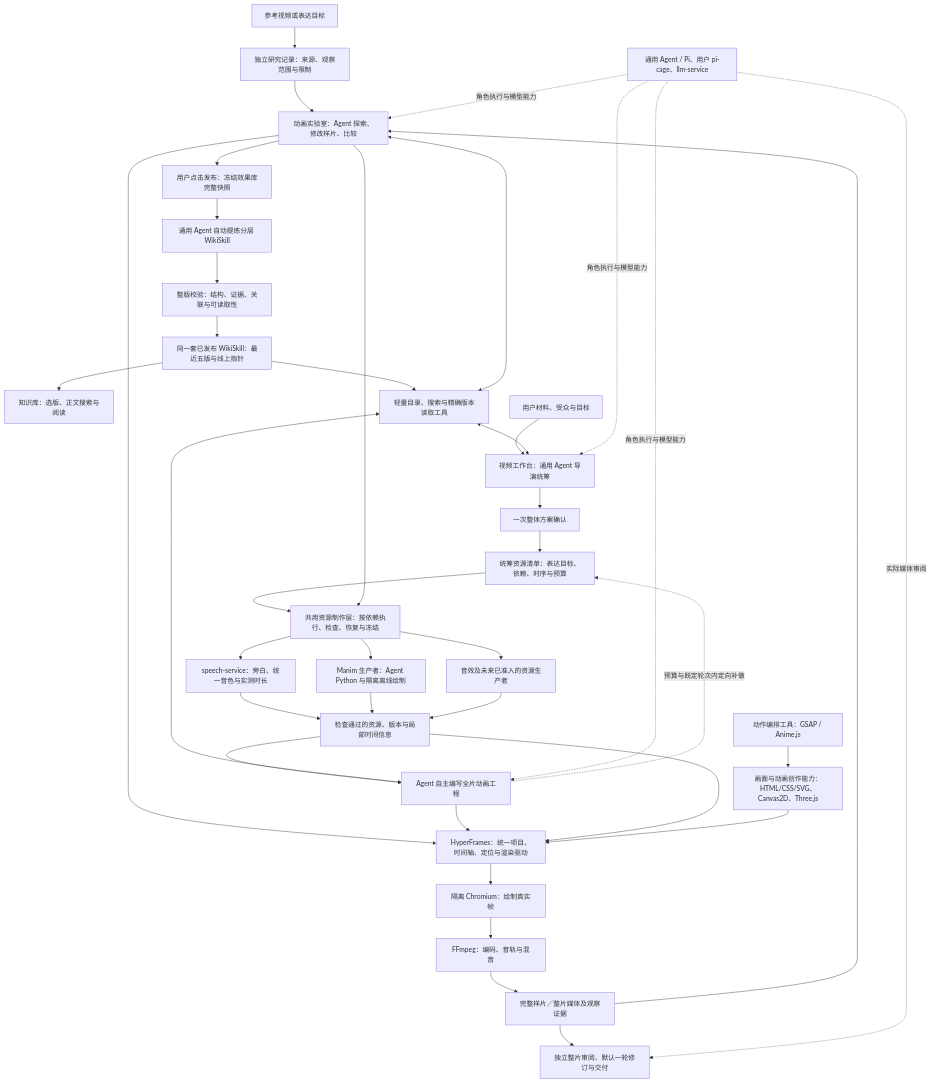
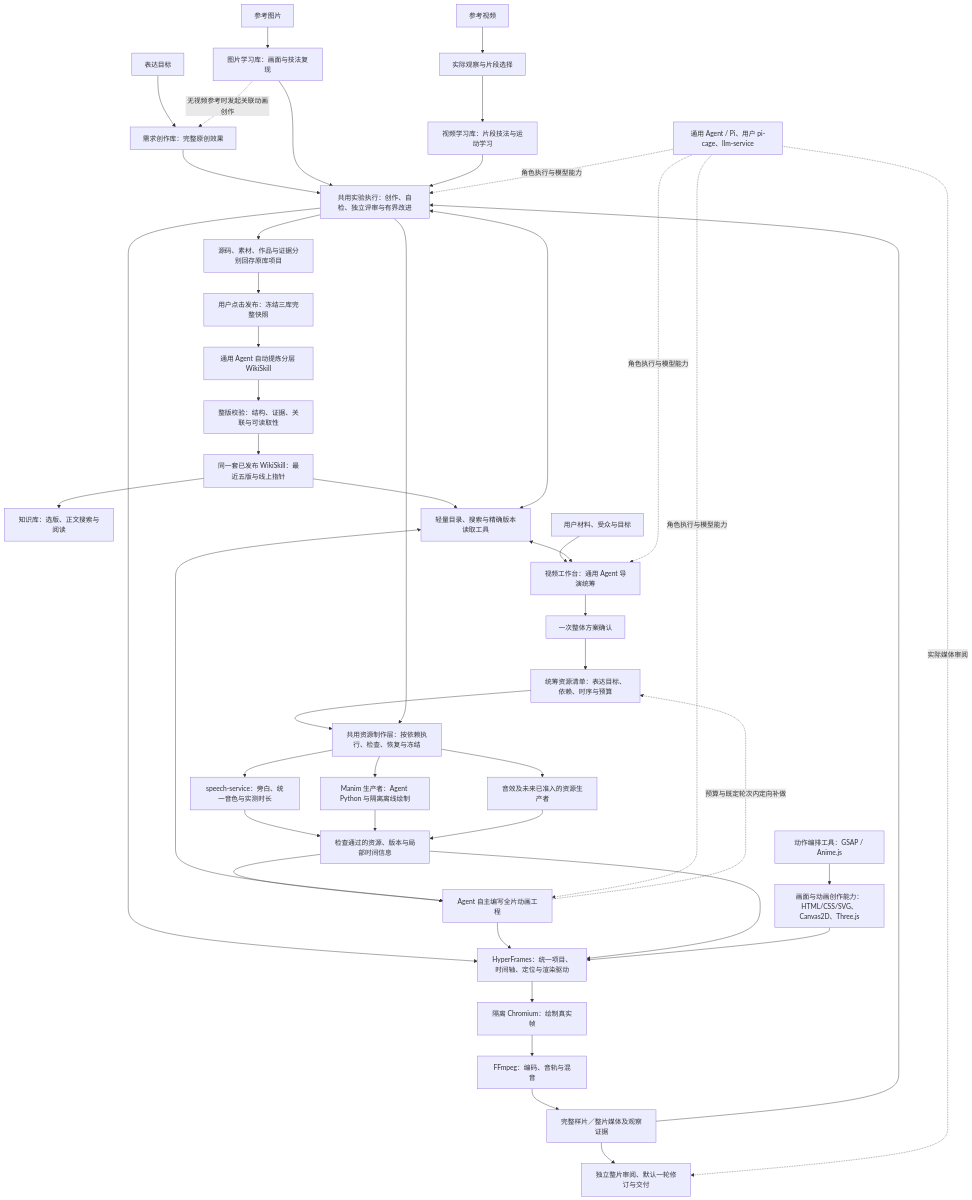
Before and after one commit to zmhhaha/panghu_agent: the diagram in video_workbench/docs/agent-creation-effect-library-plan.md, drawn with Mermaid. The commit also changed other lines of this file and 60 other files, not shown here.

````diff
--- a/video_workbench/docs/agent-creation-effect-library-plan.md
+++ b/video_workbench/docs/agent-creation-effect-library-plan.md
@@ -48,41 +60,48 @@
 ```mermaid
 flowchart TB
-    Ref[参考视频或表达目标] --> Research[独立研究记录：来源、观察范围与限制]
-    Research --> Lab[动画实验室：Agent 探索、修改样片、比较]
-    Lab --> Snapshot[用户点击发布：冻结效果库完整快照]
+    Goal[表达目标] --> Creative[需求创作库：完整原创效果]
+    Image[参考图片] --> Picture[图片学习库：画面与技法复现]
+    Video[参考视频] --> Select[实际观察与片段选择]
+    Select --> Study[视频学习库：片段技法与运动学习]
+    Picture -.无视频参考时发起关联动画创作.-> Creative
+    Creative --> Lab[共用实验执行：创作、自检、独立评审与有界改进]
+    Picture --> Lab
+    Study --> Lab
+    Lab --> Records[源码、素材、作品与证据分别回存原库项目]
+    Records --> Snapshot[用户点击发布：冻结三库完整快照]
     Snapshot --> Compile[通用 Agent 自动提炼分层 WikiSkill]
     Compile --> Check[整版校验：结构、证据、关联与可读取性]
     Check --> Registry[同一套已发布 WikiSkill：最近五版与线上指针]
     Registry --> Browse[知识库：选版、正文搜索与阅读]
     Material[用户材料、受众与目标] --> Director[视频工作台：通用 Agent 导演统筹]
     Registry --> Tools[轻量目录、搜索与精确版本读取工具]
     Tools <--> Director
     Director --> Confirm[一次整体方案确认]
     Confirm --> ResourcePlan[统筹资源清单：表达目标、依赖、时序与预算]
     ResourcePlan --> ResourceStage[共用资源制作层：按依赖执行、检查、恢复与冻结]
     Lab --> ResourceStage
     ResourceStage --> Speech[speech-service：旁白、统一音色与实测时长]
     ResourceStage --> Manim[Manim 生产者：Agent Python 与隔离离线绘制]
     ResourceStage --> Producers[音效及未来已准入的资源生产者]
     Speech --> Assets[检查通过的资源、版本与局部时间信息]
     Manim --> Assets
     Producers --> Assets
     Assets --> Create[Agent 自主编写全片动画工程]
     Tools <--> Create
     Tools <--> Lab
     Lab --> HF[HyperFrames：统一项目、时间轴、定位与渲染驱动]
     Create --> HF
     Assets --> HF
     Create -.预算与既定轮次内定向补做.-> ResourcePlan
     Engines[画面与动画创作能力：HTML/CSS/SVG、Canvas2D、Three.js] --> HF
     Motion[动作编排工具：GSAP / Anime.js] --> Engines
     HF --> Pixels[隔离 Chromium：绘制真实帧]
     Pixels --> Encode[FFmpeg：编码、音轨与混音]
     Encode --> Evidence[完整样片／整片媒体及观察证据]
     Evidence --> Lab
     Evidence --> Review[独立整片审阅、默认一轮修订与交付]
     Shared[通用 Agent / Pi、用户 pi-cage、llm-service] -.角色执行与模型能力.-> Lab
     Shared -.角色执行与模型能力.-> Director
     Shared -.角色执行与模型能力.-> Create
     Shared -.实际媒体审阅.-> Review
 ```
````
